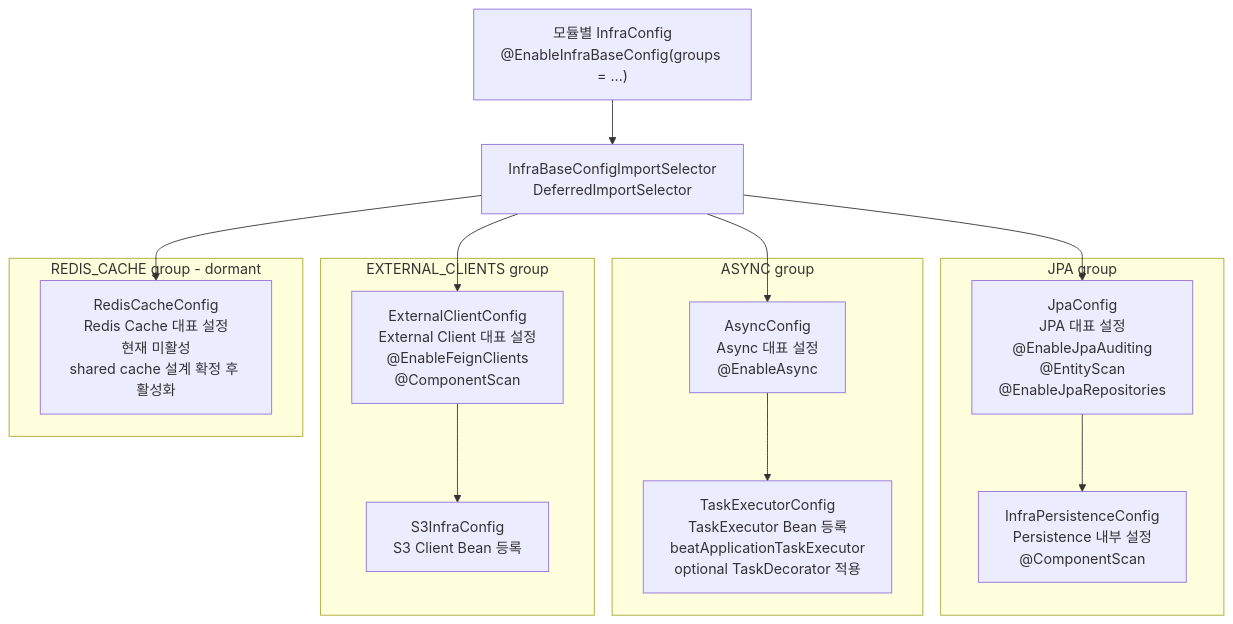
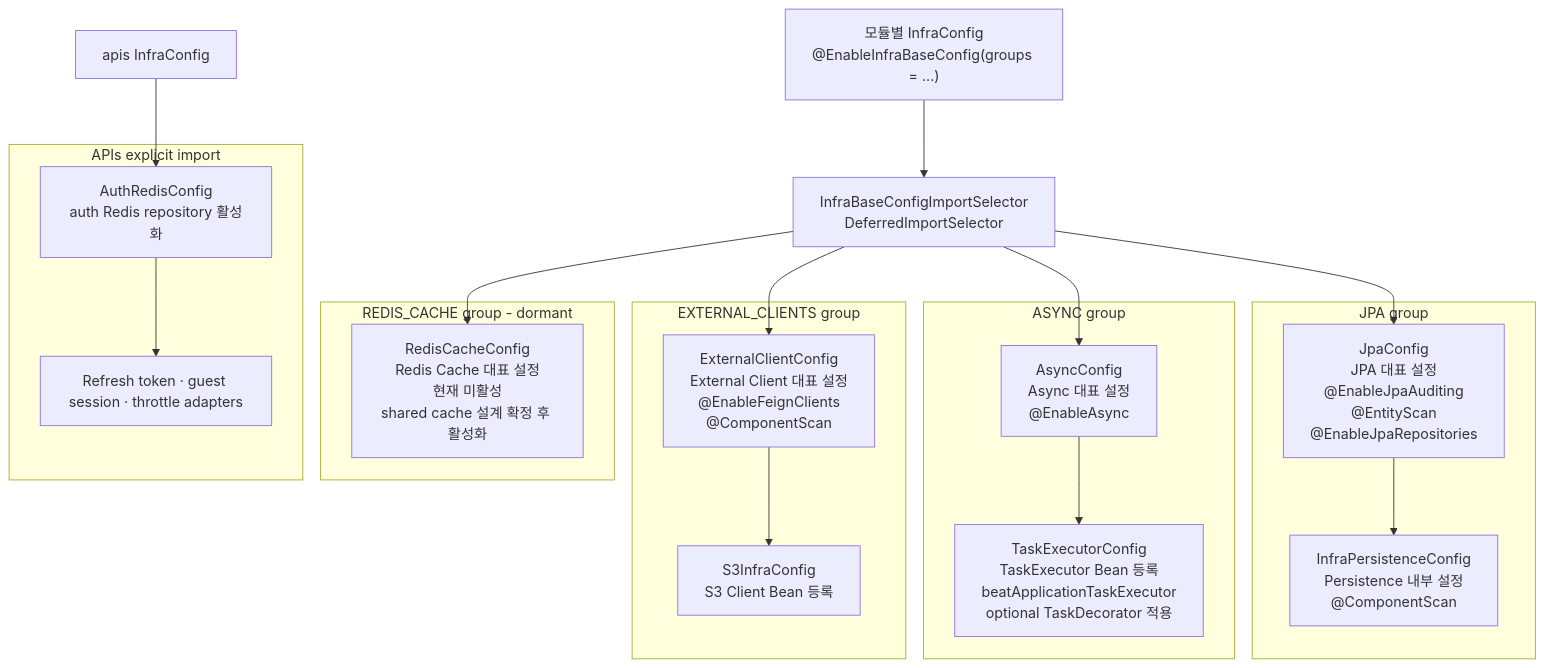
One commit to TEAM-BEAT/BEAT-SERVER changed the second of 14 diagrams in infra/README.md. Above: the diagram before and after it, drawn with Mermaid. The commit also changed other lines of this file and 113 other files, not shown here.

````diff
--- a/infra/README.md
+++ b/infra/README.md
@@ -87,34 +87,41 @@
 ```mermaid
 flowchart TB
     ModuleInfraConfig["모듈별 InfraConfig<br/>@EnableInfraBaseConfig(groups = ...)"]
     Selector["InfraBaseConfigImportSelector<br/>DeferredImportSelector"]
 
     ModuleInfraConfig --> Selector
 
     subgraph JPA_GROUP["JPA group"]
         JpaConfig["JpaConfig<br/>JPA 대표 설정<br/>@EnableJpaAuditing<br/>@EntityScan<br/>@EnableJpaRepositories"]
         PersistenceConfig["InfraPersistenceConfig<br/>Persistence 내부 설정<br/>@ComponentScan"]
         JpaConfig --> PersistenceConfig
     end
 
     subgraph ASYNC_GROUP["ASYNC group"]
         AsyncConfig["AsyncConfig<br/>Async 대표 설정<br/>@EnableAsync"]
         TaskExecutorConfig["TaskExecutorConfig<br/>TaskExecutor Bean 등록<br/>beatApplicationTaskExecutor<br/>optional TaskDecorator 적용"]
         AsyncConfig --> TaskExecutorConfig
     end
 
     subgraph EXTERNAL_GROUP["EXTERNAL_CLIENTS group"]
         ExternalClientConfig["ExternalClientConfig<br/>External Client 대표 설정<br/>@EnableFeignClients<br/>@ComponentScan"]
         S3InfraConfig["S3InfraConfig<br/>S3 Client Bean 등록"]
         ExternalClientConfig --> S3InfraConfig
     end
 
     subgraph REDIS_CACHE_GROUP["REDIS_CACHE group - dormant"]
         RedisCacheConfig["RedisCacheConfig<br/>Redis Cache 대표 설정<br/>현재 미활성<br/>shared cache 설계 확정 후 활성화"]
     end
 
+    subgraph AUTH_REDIS_CONFIG["APIs explicit import"]
+        AuthRedisConfig["AuthRedisConfig<br/>auth Redis repository 활성화"]
+        AuthRedisAdapters["Refresh token · guest session · throttle adapters"]
+        AuthRedisConfig --> AuthRedisAdapters
+    end
+
     Selector --> JpaConfig
     Selector --> AsyncConfig
     Selector --> ExternalClientConfig
     Selector --> RedisCacheConfig
+    ApisInfraConfig["apis InfraConfig"] --> AuthRedisConfig
 ```
````
